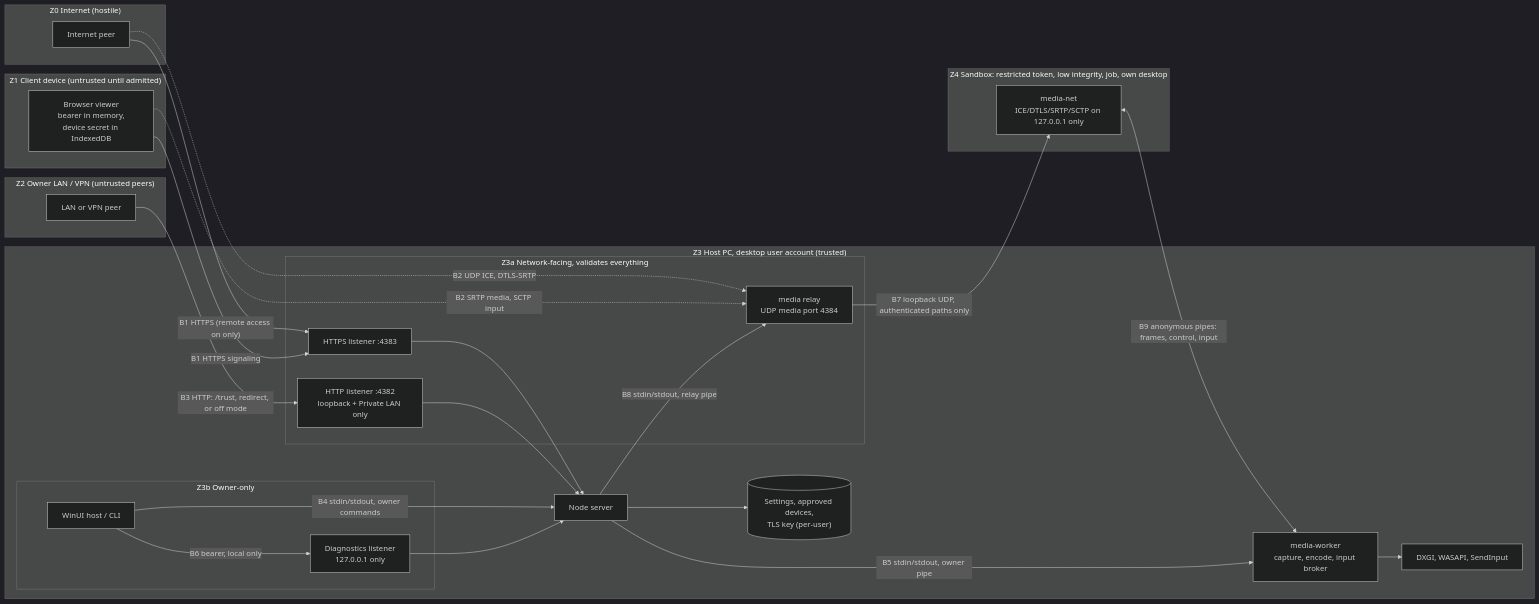
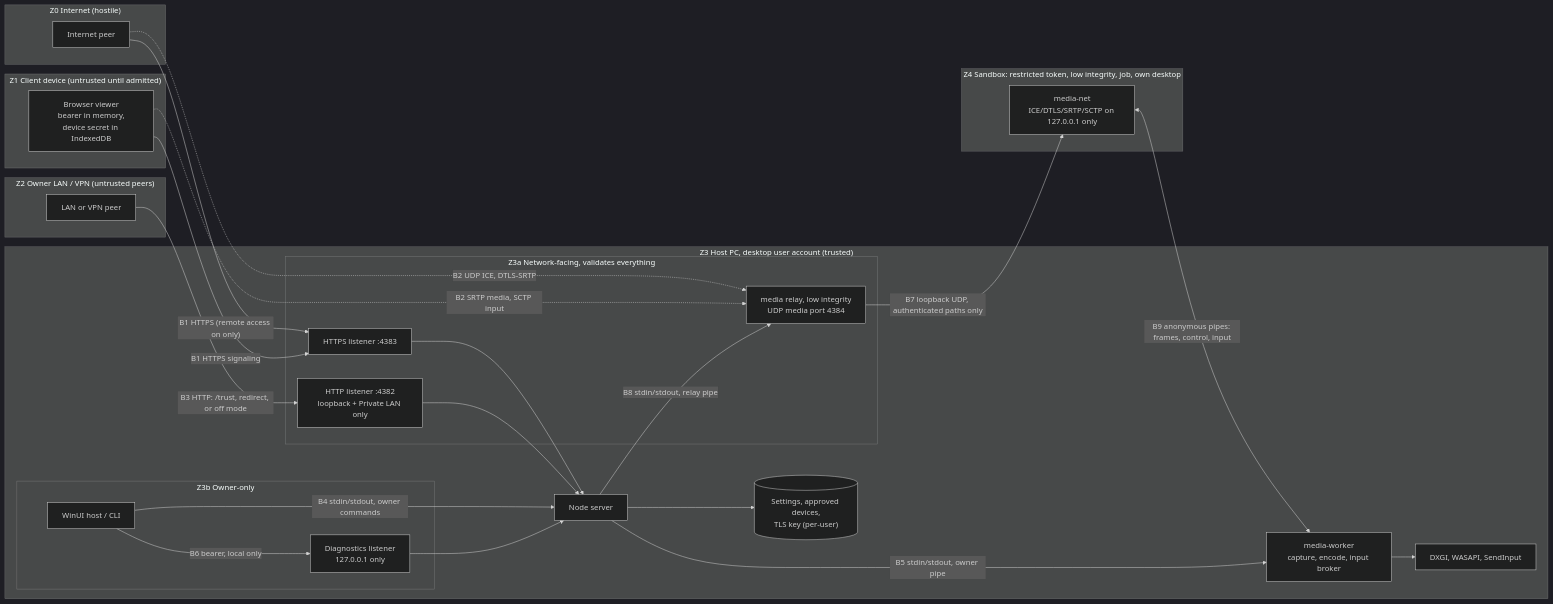
One commit to kiforsbe/vidvnc changed diagram 16 of 19 in docs/ARCHITECTURE.md. Above: the diagram before and after it, drawn with Mermaid (dark theme). The commit also changed other lines of this file and 8 other files, not shown here.

First line of the commit message:
Media relay: run at low integrity on Windows

````diff
--- a/docs/ARCHITECTURE.md
+++ b/docs/ARCHITECTURE.md
@@ -897,47 +902,47 @@
 ```mermaid
 flowchart LR
     subgraph Z0["Z0 Internet (hostile)"]
         inet["Internet peer"]
     end
     subgraph Z1["Z1 Client device (untrusted until admitted)"]
         browser["Browser viewer<br/>bearer in memory,<br/>device secret in IndexedDB"]
     end
     subgraph Z2["Z2 Owner LAN / VPN (untrusted peers)"]
         lanpeer["LAN or VPN peer"]
     end
     subgraph Z3["Z3 Host PC, desktop user account (trusted)"]
         subgraph Z3a["Z3a Network-facing, validates everything"]
             https["HTTPS listener :4383"]
             http["HTTP listener :4382<br/>loopback + Private LAN only"]
-            relay["media relay<br/>UDP media port 4384"]
+            relay["media relay, low integrity<br/>UDP media port 4384"]
         end
         subgraph Z3b["Z3b Owner-only"]
             host["WinUI host / CLI"]
             diag["Diagnostics listener<br/>127.0.0.1 only"]
         end
         server["Node server"]
         worker["media-worker<br/>capture, encode, input broker"]
         store[("Settings, approved devices,<br/>TLS key (per-user)")]
         os["DXGI, WASAPI, SendInput"]
     end
     subgraph Z4["Z4 Sandbox: restricted token, low integrity, job, own desktop"]
         net["media-net<br/>ICE/DTLS/SRTP/SCTP on 127.0.0.1 only"]
     end
 
     inet -->|"B1 HTTPS (remote access on only)"| https
     inet -.->|"B2 UDP ICE, DTLS-SRTP"| relay
     browser -->|"B1 HTTPS signaling"| https
     lanpeer -->|"B3 HTTP: /trust, redirect, or off mode"| http
     browser -.->|"B2 SRTP media, SCTP input"| relay
     https --> server
     http --> server
     relay -->|"B7 loopback UDP, authenticated paths only"| net
     net <-->|"B9 anonymous pipes: frames, control, input"| worker
     host -->|"B4 stdin/stdout, owner commands"| server
     server -->|"B5 stdin/stdout, owner pipe"| worker
     server -->|"B8 stdin/stdout, relay pipe"| relay
     host -->|"B6 bearer, local only"| diag
     diag --> server
     server --> store
     worker --> os
 ```
````
